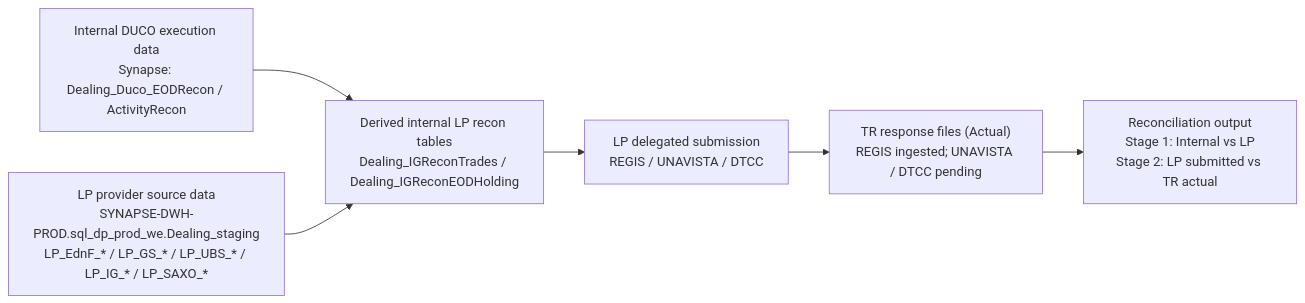
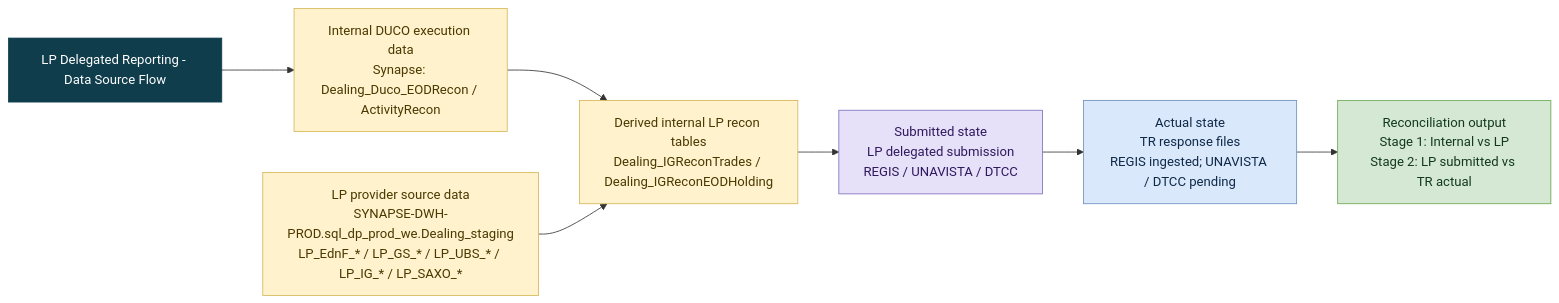
One commit to valentinosko-hub/RegTech changed the diagram in docs/reporting-model-lp-delegated-data-sources.mmd. Above: the diagram before and after it, drawn with Mermaid. The commit also changed 15 other files, not shown here.

Commit message:
Style per-model diagrams with title and state colors

```diff
--- a/docs/reporting-model-lp-delegated-data-sources.mmd
+++ b/docs/reporting-model-lp-delegated-data-sources.mmd
@@ -1,6 +1,18 @@
 flowchart LR
+  TITLE["LP Delegated Reporting - Data Source Flow"]
   A["Internal DUCO execution data<br/>Synapse: Dealing_Duco_EODRecon / ActivityRecon"] --> B["Derived internal LP recon tables<br/>Dealing_IGReconTrades / Dealing_IGReconEODHolding"]
   C["LP provider source data<br/>SYNAPSE-DWH-PROD.sql_dp_prod_we.Dealing_staging<br/>LP_EdnF_* / LP_GS_* / LP_UBS_* / LP_IG_* / LP_SAXO_*"] --> B
-  B --> D["LP delegated submission<br/>REGIS / UNAVISTA / DTCC"]
-  D --> E["TR response files (Actual)<br/>REGIS ingested; UNAVISTA / DTCC pending"]
+  B --> D["Submitted state<br/>LP delegated submission<br/>REGIS / UNAVISTA / DTCC"]
+  D --> E["Actual state<br/>TR response files<br/>REGIS ingested; UNAVISTA / DTCC pending"]
   E --> F["Reconciliation output<br/>Stage 1: Internal vs LP<br/>Stage 2: LP submitted vs TR actual"]
+  TITLE --> A
+  classDef title fill:#0f3d4c,stroke:#0f3d4c,color:#ffffff,fontStyle:bold;
+  classDef expected fill:#fff2cc,stroke:#d6b656,color:#4a3900;
+  classDef submitted fill:#e6e0f8,stroke:#7f70bf,color:#2f1a5f;
+  classDef actual fill:#dae8fc,stroke:#6c8ebf,color:#0e2a47;
+  classDef recon fill:#d5e8d4,stroke:#6aa84f,color:#12391f;
+  class TITLE title;
+  class A,B,C expected;
+  class D submitted;
+  class E actual;
+  class F recon;
```
